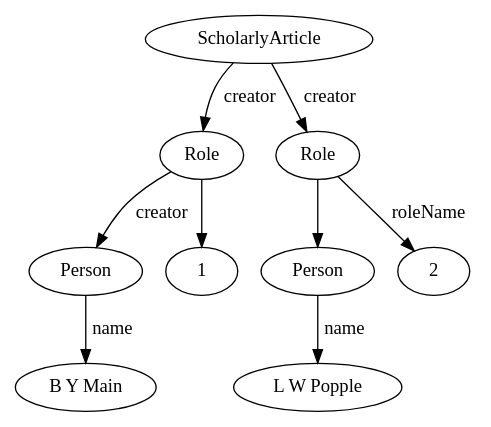
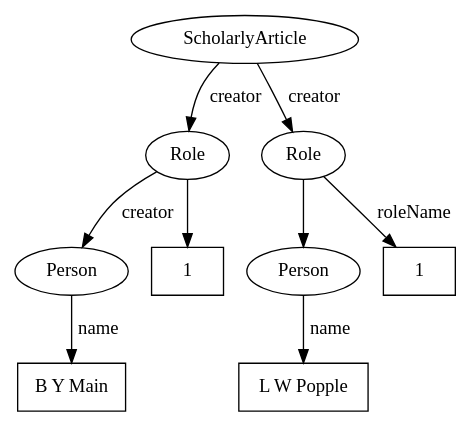
The diagram in manuscript/author_role.dot (rdmpage/ozymandias-demo), drawn with Graphviz before and after one commit. The commit also changed 17 other files, not shown here.

```diff
--- a/manuscript/author_role.dot
+++ b/manuscript/author_role.dot
@@ -1,30 +1,34 @@
 digraph G {
 
 ScholarlyArticle [label="ScholarlyArticle"] ;
 
 role1 [label="Role"] ;
 		
 ScholarlyArticle -> role1 [label="creator"];
 
 role2 [label="Role"] ;
 
 ScholarlyArticle -> role2 [label="creator"];
 		
 creator1 [label="Person"] ;	
 creator2 [label="Person"] ;	
 
 role1 -> creator1 [label="creator"];
 role2 -> creator2 /*[label="creator"]*/;
 
-name1 [label="B Y Main"] ;
-name2 [label="L W Popple"] ;
+name1 [label="B Y Main",shape=box] ;
+name2 [label="L W Popple",shape=box] ;
 
 creator1 -> name1 [label="name"];
-creator2 -> name2 [label="name"];	
+creator2 -> name2 [label="name"];
 
-role1 -> 1 /*[label="roleName"]*/;	
-role2 -> 2 [label="roleName"];	
+role1value [label="1",shape=box];
+role2value [label="1",shape=box];	
+	
+
+role1 -> role1value /*[label="roleName"]*/;	
+role2 -> role2value [label="roleName"];	
 
 
 
 }
```
